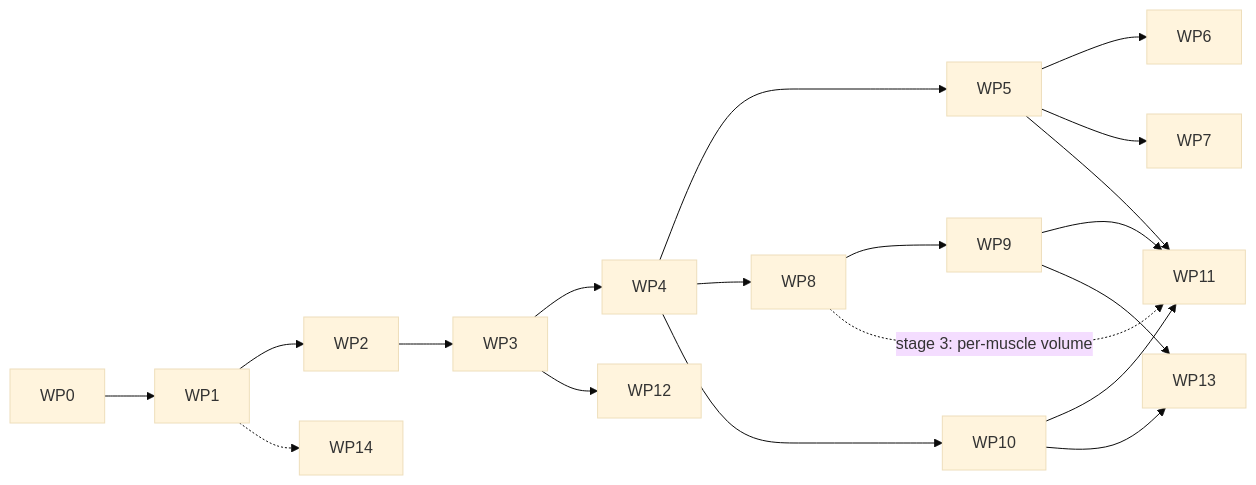
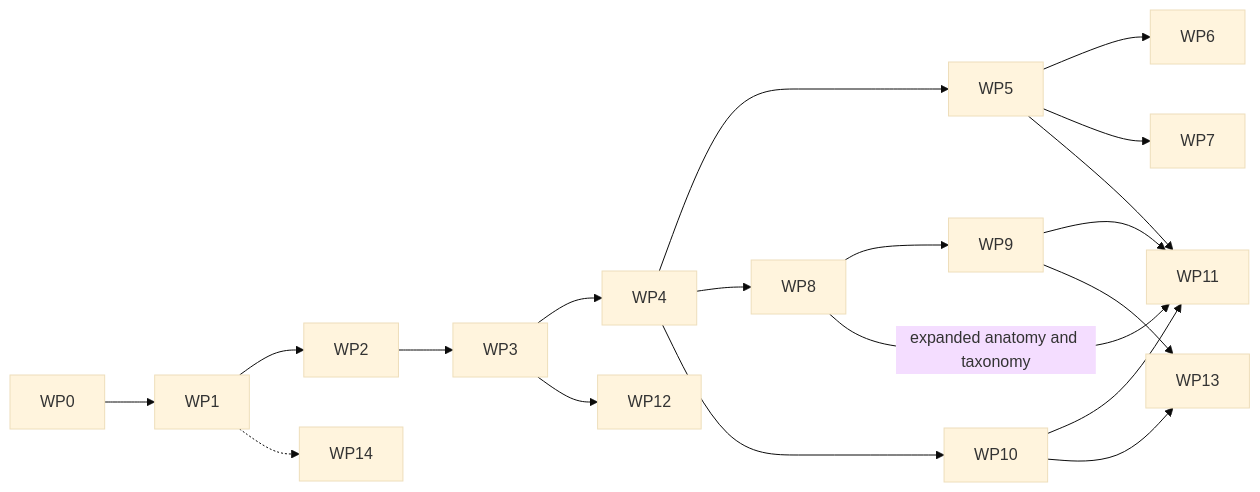
One commit to kreczmans-creator/repforge changed the diagram in docs/wp0/D06-work-package-roadmap.md. Above: the diagram before and after it, drawn with Mermaid (base theme). The commit also changed other lines of this file and 6 other files, not shown here.

````diff
--- a/docs/wp0/D06-work-package-roadmap.md
+++ b/docs/wp0/D06-work-package-roadmap.md
@@ -9,13 +9,13 @@
 ```mermaid
 flowchart LR
   WP0 --> WP1 --> WP2 --> WP3 --> WP4
   WP4 --> WP5 --> WP6
   WP5 --> WP7
   WP4 --> WP8 --> WP9
   WP4 --> WP10
   WP5 & WP9 & WP10 --> WP11
   WP3 --> WP12
   WP10 & WP9 --> WP13
-  WP8 -.->|stage 3: per-muscle volume| WP11
+  WP8 -->|expanded anatomy and taxonomy| WP11
   WP1 -.-> WP14
 ```
````
